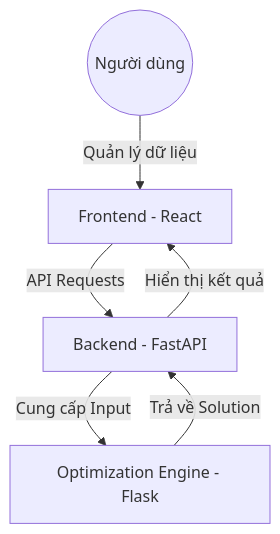
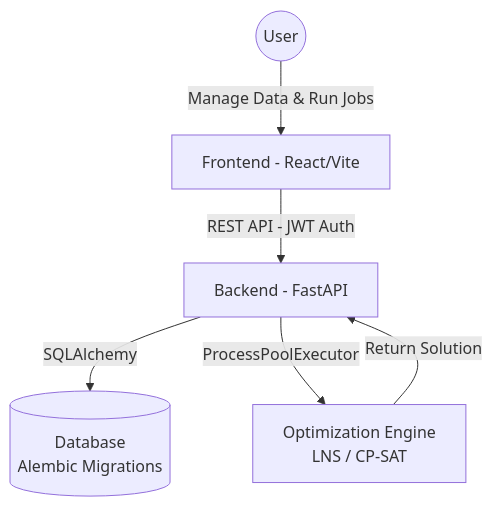
The diagram in README.md (DuyVuux/AirCraft), drawn with Mermaid before and after one commit. The commit also changed other lines of this file and 3 other files, not shown here.

````diff
--- a/README.md
+++ b/README.md
@@ -24,8 +22,8 @@
 ```mermaid
 graph TD
-    User((Người dùng)) -->|Quản lý dữ liệu| FE[Frontend - React]
-    FE -->|API Requests| BE[Backend - FastAPI]
-    BE -->|Cung cấp Input| Algo[Optimization Engine - Flask]
-    Algo -->|Trả về Solution| BE
-    BE -->|Hiển thị kết quả| FE
+    User((User)) -->|Manage Data & Run Jobs| FE[Frontend - React/Vite]
+    FE -->|REST API - JWT Auth| BE[Backend - FastAPI]
+    BE -->|SQLAlchemy| DB[(Database \n Alembic Migrations)]
+    BE -->|ProcessPoolExecutor| Algo[Optimization Engine \n LNS / CP-SAT]
+    Algo -->|Return Solution| BE
 ```
````
